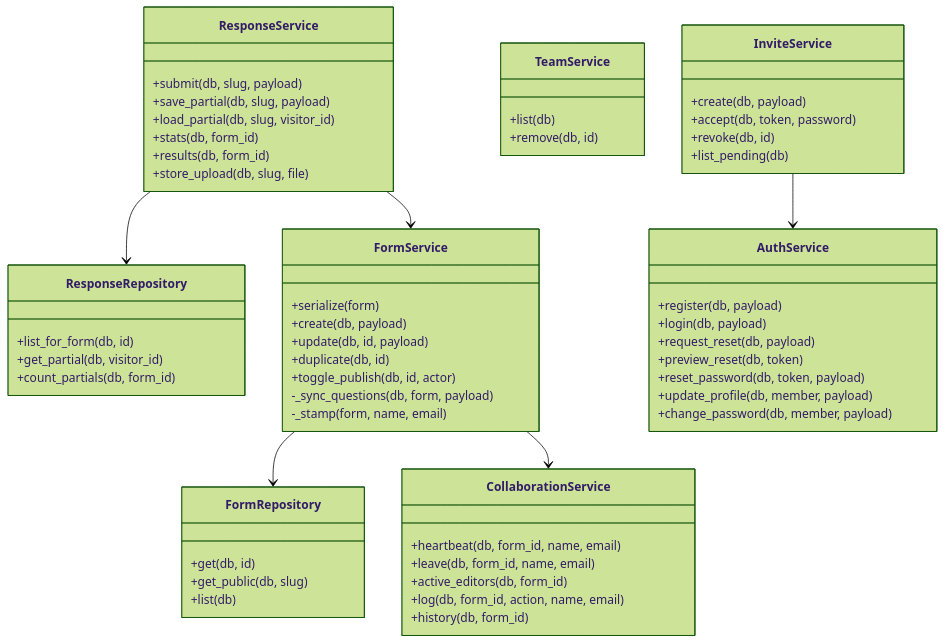
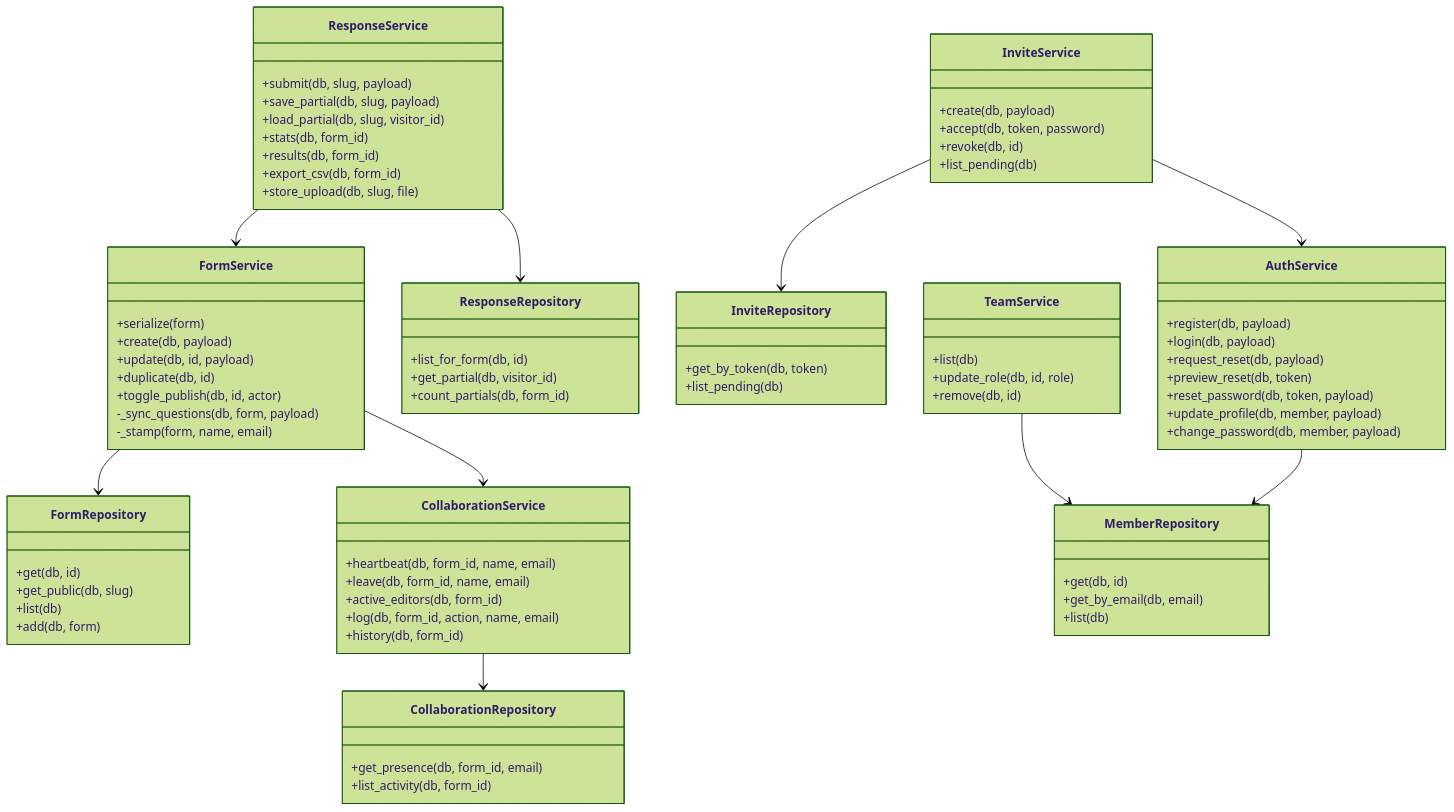
Before and after one commit to ruthwikkakumani/formly: the second of 3 diagrams in docs/diagrams/class-uml.md, drawn with Mermaid (forest theme). The commit also changed 35 other files, not shown here.

````diff
--- a/docs/diagrams/class-uml.md
+++ b/docs/diagrams/class-uml.md
@@ -104,61 +104,81 @@
 ```mermaid
 classDiagram
   class FormRepository {
     +get(db, id)
     +get_public(db, slug)
     +list(db)
+    +add(db, form)
   }
   class ResponseRepository {
     +list_for_form(db, id)
     +get_partial(db, visitor_id)
     +count_partials(db, form_id)
+  }
+  class MemberRepository {
+    +get(db, id)
+    +get_by_email(db, email)
+    +list(db)
+  }
+  class InviteRepository {
+    +get_by_token(db, token)
+    +list_pending(db)
+  }
+  class CollaborationRepository {
+    +get_presence(db, form_id, email)
+    +list_activity(db, form_id)
   }
   class FormService {
     +serialize(form)
     +create(db, payload)
     +update(db, id, payload)
     +duplicate(db, id)
     +toggle_publish(db, id, actor)
     -_sync_questions(db, form, payload)
     -_stamp(form, name, email)
   }
   class CollaborationService {
     +heartbeat(db, form_id, name, email)
     +leave(db, form_id, name, email)
     +active_editors(db, form_id)
     +log(db, form_id, action, name, email)
     +history(db, form_id)
   }
   class ResponseService {
     +submit(db, slug, payload)
     +save_partial(db, slug, payload)
     +load_partial(db, slug, visitor_id)
     +stats(db, form_id)
     +results(db, form_id)
+    +export_csv(db, form_id)
     +store_upload(db, slug, file)
   }
   class TeamService {
     +list(db)
+    +update_role(db, id, role)
     +remove(db, id)
   }
   class AuthService {
     +register(db, payload)
     +login(db, payload)
     +request_reset(db, payload)
     +preview_reset(db, token)
     +reset_password(db, token, payload)
     +update_profile(db, member, payload)
     +change_password(db, member, payload)
   }
   class InviteService {
     +create(db, payload)
     +accept(db, token, password)
     +revoke(db, id)
     +list_pending(db)
   }
   FormService --> FormRepository
   FormService --> CollaborationService
+  CollaborationService --> CollaborationRepository
   ResponseService --> FormService
   ResponseService --> ResponseRepository
+  AuthService --> MemberRepository
+  TeamService --> MemberRepository
+  InviteService --> InviteRepository
   InviteService --> AuthService
 ```
````
